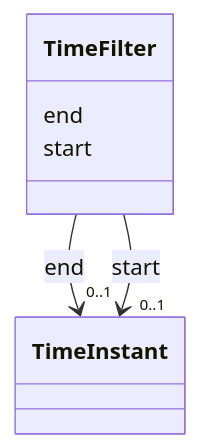
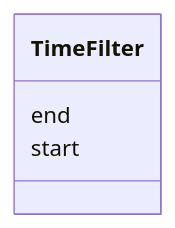
One commit to debrief/debrief-future changed the diagram in schema-docs-md/classes/TimeFilter.md. Above: the diagram before and after it, drawn with Mermaid. The commit also changed other lines of this file and 50 other files, not shown here.

````diff
--- a/schema-docs-md/classes/TimeFilter.md
+++ b/schema-docs-md/classes/TimeFilter.md
@@ -19,28 +19,10 @@
 ```mermaid
  classDiagram
     class TimeFilter
     click TimeFilter href "../../classes/TimeFilter/"
       TimeFilter : end
         
-          
-    
-        
-        
-        TimeFilter --> "0..1" TimeInstant : end
-        click TimeInstant href "../../classes/TimeInstant/"
-    
-
-        
       TimeFilter : start
-        
-          
-    
-        
-        
-        TimeFilter --> "0..1" TimeInstant : start
-        click TimeInstant href "../../classes/TimeInstant/"
-    
-
         
       
 ```
````
